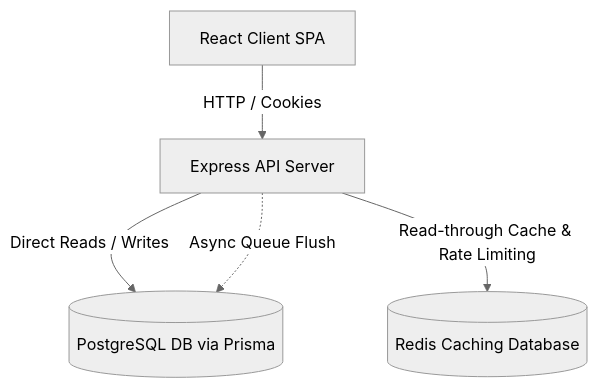
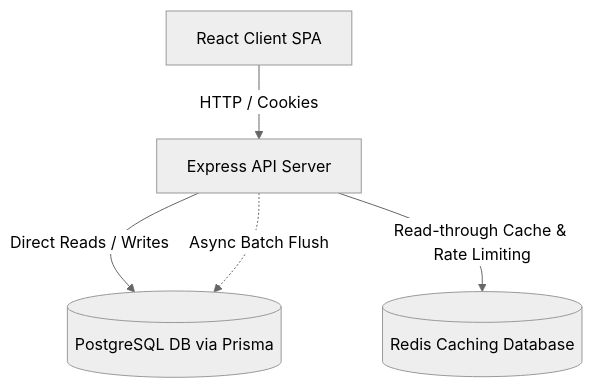
One commit to Pichaku123/link-tp changed the diagram in README.md. Above: the diagram before and after it, drawn with Mermaid (neutral theme). The commit also changed other lines of this file and 2 other files, not shown here.

````diff
--- a/README.md
+++ b/README.md
@@ -28,7 +43,7 @@
 ```mermaid
 graph TD
     Client[React Client SPA] -->|HTTP / Cookies| Server[Express API Server]
     Server -->|Direct Reads / Writes| Postgres[(PostgreSQL DB via Prisma)]
     Server -->|Read-through Cache & Rate Limiting| Redis[(Redis Caching Database)]
-    Server -.->|Async Queue Flush| Postgres
+    Server -.->|Async Batch Flush| Postgres
 ```
````
